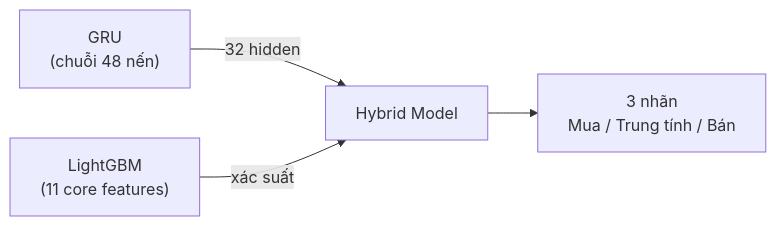
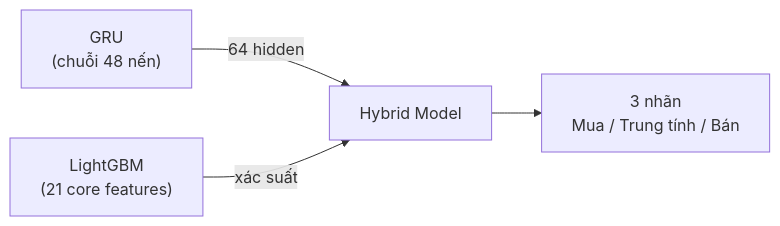
The second of 2 diagrams in README.md (ultimateBroK/thesis-lgbm), drawn with Mermaid before and after one commit. The commit also changed other lines of this file and 16 other files, not shown here.

First line of the commit message:
feat: enhance configuration and pipeline for improved validation and model architecture

````diff
--- a/README.md
+++ b/README.md
@@ -166,6 +167,6 @@
 ```mermaid
 flowchart LR
-    GRU["GRU<br/>(chuỗi 48 nến)"] -->|"32 hidden"| Stack
-    LGB["LightGBM<br/>(11 core features)"] -->|"xác suất"| Stack
+    GRU["GRU<br/>(chuỗi 48 nến)"] -->|"64 hidden"| Stack
+    LGB["LightGBM<br/>(21 core features)"] -->|"xác suất"| Stack
     Stack["Hybrid Model"] --> Pred["3 nhãn<br/>Mua / Trung tính / Bán"]
 ```
````
